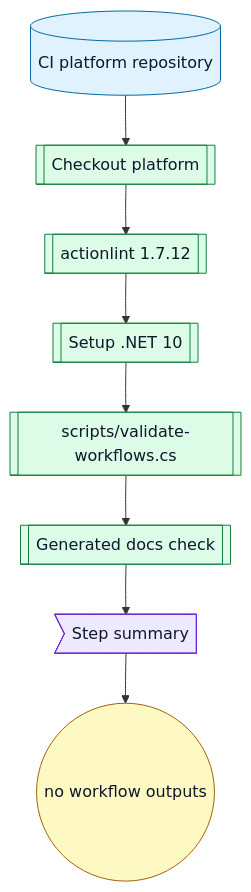
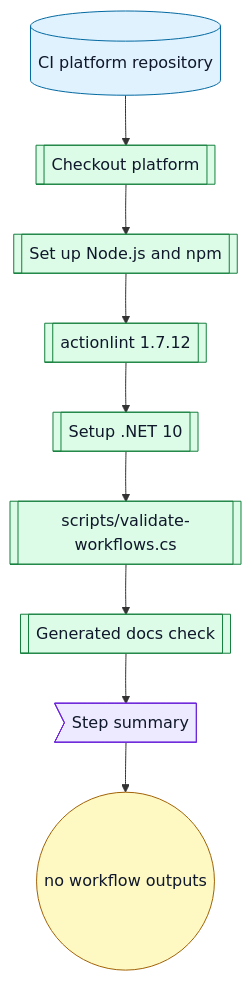
Before and after one commit to ArkanisCorporation/ci: diagram 17 of 17 in docs/workflow-catalog.md, drawn with Mermaid. The commit also changed other lines of this file and 2 other files, not shown here.

Commit message:
fix(gha): set up node for platform selftest

````diff
--- a/docs/workflow-catalog.md
+++ b/docs/workflow-catalog.md
@@ -1711,20 +1711,21 @@
 ```mermaid
 flowchart TD
   platform[("CI platform repository")] --> checkout[[Checkout platform]]
-  checkout --> actionlint[[actionlint 1.7.12]]
+  checkout --> node[[Set up Node.js and npm]]
+  node --> actionlint[[actionlint 1.7.12]]
   actionlint --> dotnet[[Setup .NET 10]]
   dotnet --> validator[[scripts/validate-workflows.cs]]
   validator --> docs[[Generated docs check]]
   docs --> summary>Step summary]
   summary --> outputs(("no workflow outputs"))
   classDef repo fill:#e0f2fe,stroke:#0369a1,color:#0f172a
   classDef action fill:#dcfce7,stroke:#15803d,color:#0f172a
   classDef decision fill:#fff7ed,stroke:#c2410c,color:#0f172a
   classDef artifact fill:#ede9fe,stroke:#6d28d9,color:#0f172a
   classDef output fill:#fef9c3,stroke:#a16207,color:#0f172a
   classDef external fill:#f8fafc,stroke:#475569,stroke-dasharray: 4 3,color:#0f172a
   class platform repo
-  class checkout,actionlint,dotnet,validator,docs action
+  class checkout,node,actionlint,dotnet,validator,docs action
   class summary artifact
   class outputs output
 ```
````
